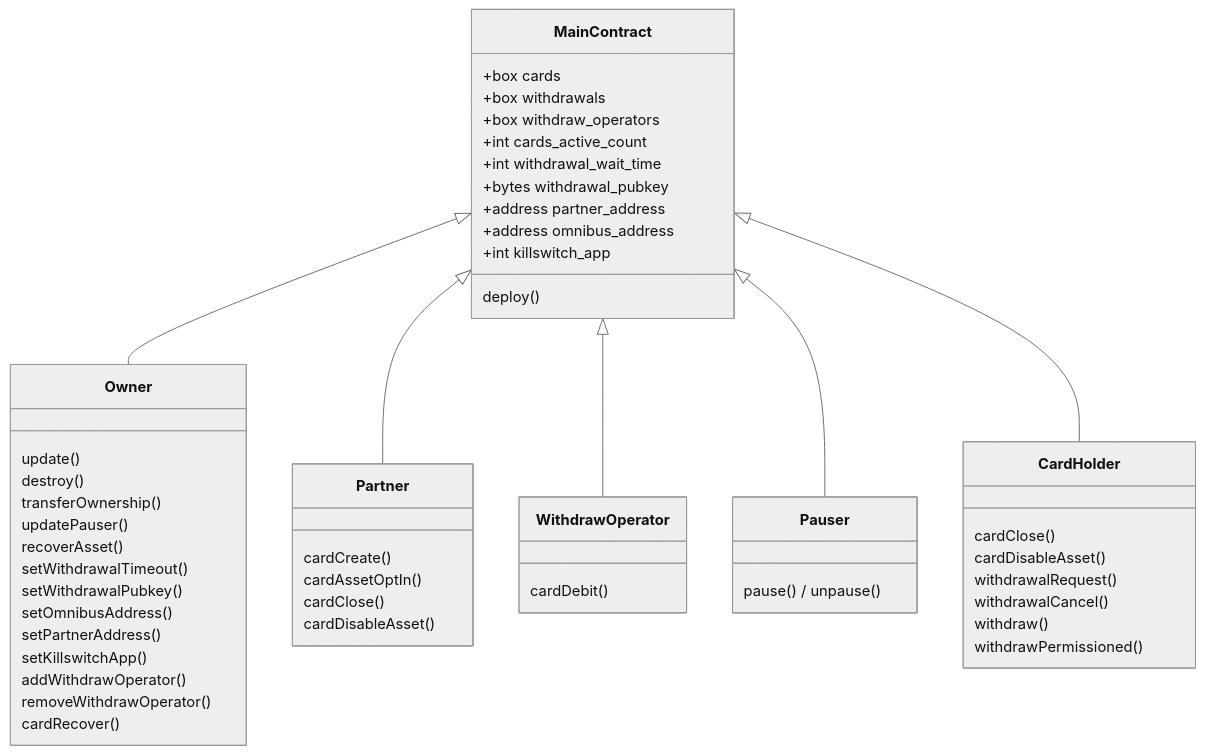
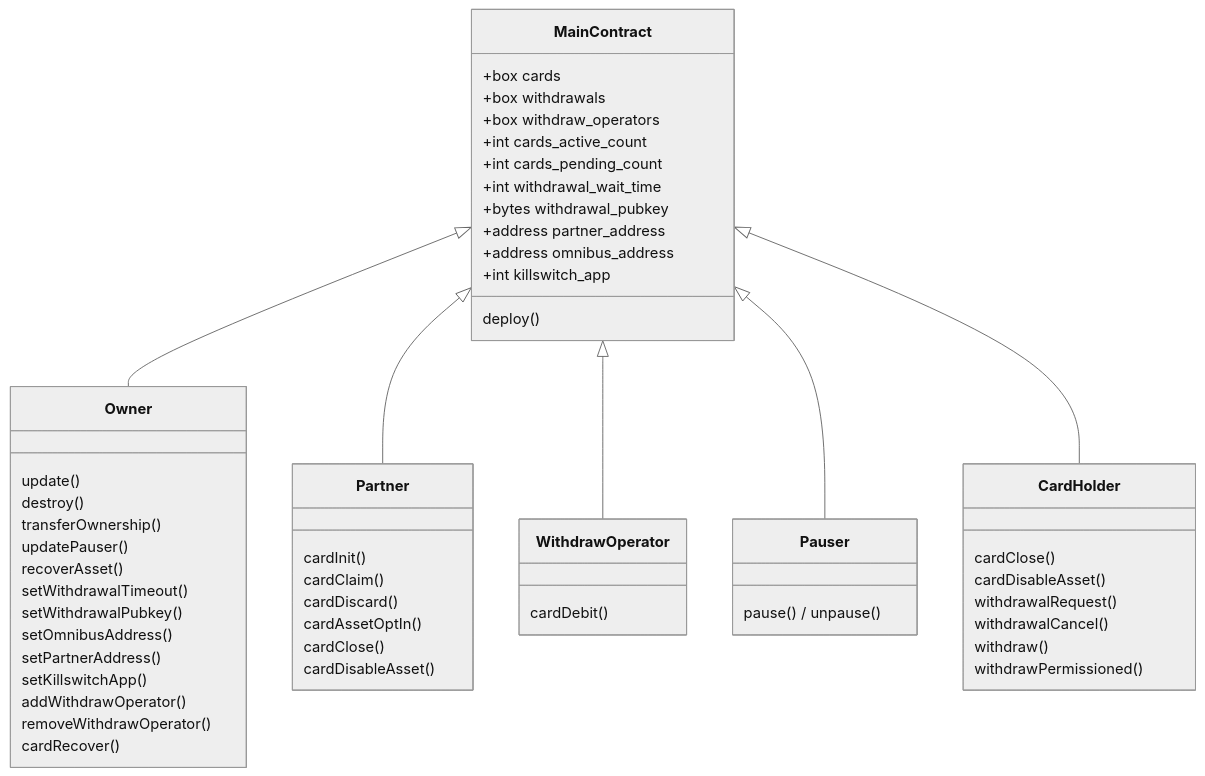
Before and after one commit to algorandfoundation/auto-draw-card: the first of 2 diagrams in projects/auto-draw-card/README.md, drawn with Mermaid (neutral theme). The commit also changed other lines of this file and 17 other files, not shown here.

````diff
--- a/projects/auto-draw-card/README.md
+++ b/projects/auto-draw-card/README.md
@@ -208,59 +248,62 @@
 ```mermaid
 classDiagram
     MainContract : +box cards
     MainContract : +box withdrawals
     MainContract : +box withdraw_operators
     MainContract : +int cards_active_count
+    MainContract : +int cards_pending_count
     MainContract : +int withdrawal_wait_time
     MainContract : +bytes withdrawal_pubkey
     MainContract : +address partner_address
     MainContract : +address omnibus_address
     MainContract : +int killswitch_app
     MainContract : deploy()
 
     MainContract <|-- Owner
     MainContract <|-- Partner
     MainContract <|-- WithdrawOperator
     MainContract <|-- Pauser
     MainContract <|-- CardHolder
 
     class Owner {
         update()
         destroy()
         transferOwnership()
         updatePauser()
         recoverAsset()
         setWithdrawalTimeout()
         setWithdrawalPubkey()
         setOmnibusAddress()
         setPartnerAddress()
         setKillswitchApp()
         addWithdrawOperator()
         removeWithdrawOperator()
         cardRecover()
     }
 
     class Partner {
-        cardCreate()
+        cardInit()
+        cardClaim()
+        cardDiscard()
         cardAssetOptIn()
         cardClose()
         cardDisableAsset()
     }
 
     class WithdrawOperator {
         cardDebit()
     }
 
     class Pauser {
         pause() / unpause()
     }
 
     class CardHolder {
         cardClose()
         cardDisableAsset()
         withdrawalRequest()
         withdrawalCancel()
         withdraw()
         withdrawPermissioned()
     }
 ```
````
